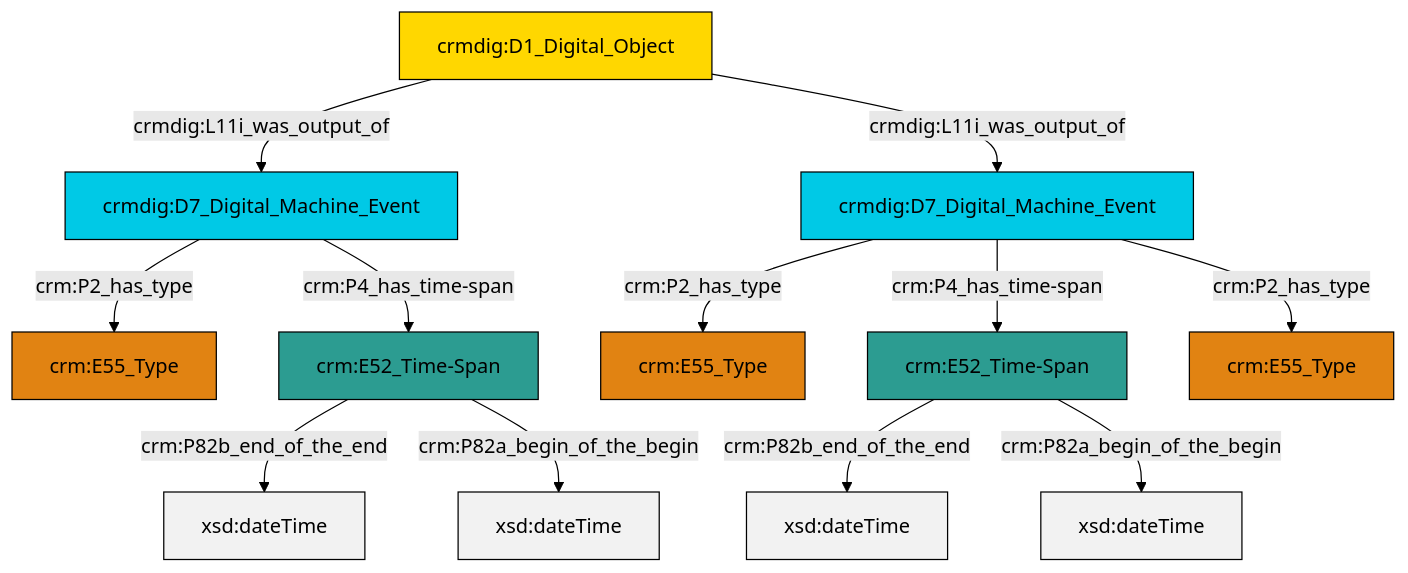
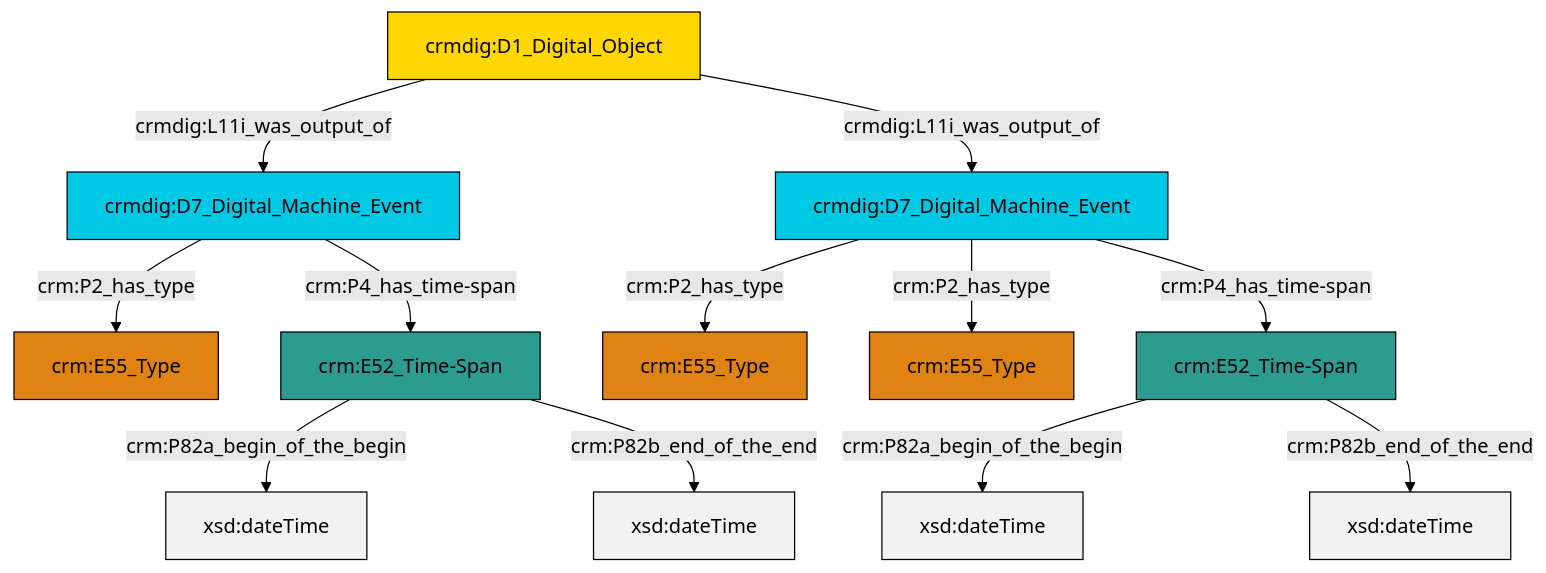
Before and after one commit to swiss-art-research-net/docs.swissartresearch: the diagram in et/doCSV/ttl/mmd/do_existence.ttl.mmd, drawn with Mermaid (forest theme). The commit also changed 135 other files, not shown here.

```diff
--- a/et/doCSV/ttl/mmd/do_existence.ttl.mmd
+++ b/et/doCSV/ttl/mmd/do_existence.ttl.mmd
@@ -1,26 +1,26 @@
 graph TD
 classDef Literal fill:#f2f2f2,stroke:#000000;
 classDef CRM_Entity fill:#FFFFFF,stroke:#000000;
 classDef Temporal_Entity fill:#00C9E6, stroke:#000000;
 classDef Type fill:#E18312, stroke:#000000;
 classDef Time-Span fill:#2C9C91, stroke:#000000;
 classDef Appellation fill:#FFEB7F, stroke:#000000;
 classDef Place fill:#008836, stroke:#000000;
 classDef Persistent_Item fill:#B266B2, stroke:#000000;
 classDef Conceptual_Object fill:#FFD700, stroke:#000000;
 classDef Physical_Thing fill:#D2B48C, stroke:#000000;
 classDef Actor fill:#f58aad, stroke:#000000;
 classDef PC_Classes fill:#4ce600, stroke:#000000;
 classDef Multi fill:#cccccc,stroke:#000000;
 
-2["crmdig:D7_Digital_Machine_Event"]:::Temporal_Entity -->|crm:P2_has_type| 3["crm:E55_Type"]:::Type
-4["crm:E52_Time-Span"]:::Time-Span -->|crm:P82b_end_of_the_end| 17[xsd:dateTime]:::Literal
-8["crmdig:D7_Digital_Machine_Event"]:::Temporal_Entity -->|crm:P2_has_type| 6["crm:E55_Type"]:::Type
-4["crm:E52_Time-Span"]:::Time-Span -->|crm:P82a_begin_of_the_begin| 18[xsd:dateTime]:::Literal
-8["crmdig:D7_Digital_Machine_Event"]:::Temporal_Entity -->|crm:P4_has_time-span| 12["crm:E52_Time-Span"]:::Time-Span
-19["crmdig:D1_Digital_Object"]:::Conceptual_Object -->|crmdig:L11i_was_output_of| 2["crmdig:D7_Digital_Machine_Event"]:::Temporal_Entity
-12["crm:E52_Time-Span"]:::Time-Span -->|crm:P82b_end_of_the_end| 20[xsd:dateTime]:::Literal
-19["crmdig:D1_Digital_Object"]:::Conceptual_Object -->|crmdig:L11i_was_output_of| 8["crmdig:D7_Digital_Machine_Event"]:::Temporal_Entity
-12["crm:E52_Time-Span"]:::Time-Span -->|crm:P82a_begin_of_the_begin| 22[xsd:dateTime]:::Literal
-2["crmdig:D7_Digital_Machine_Event"]:::Temporal_Entity -->|crm:P4_has_time-span| 4["crm:E52_Time-Span"]:::Time-Span
-8["crmdig:D7_Digital_Machine_Event"]:::Temporal_Entity -->|crm:P2_has_type| 0["crm:E55_Type"]:::Type
+2["crm:E52_Time-Span"]:::Time-Span -->|crm:P82a_begin_of_the_begin| 3[xsd:dateTime]:::Literal
+6["crmdig:D7_Digital_Machine_Event"]:::Temporal_Entity -->|crm:P2_has_type| 4["crm:E55_Type"]:::Type
+0["crmdig:D7_Digital_Machine_Event"]:::Temporal_Entity -->|crm:P2_has_type| 8["crm:E55_Type"]:::Type
+9["crmdig:D1_Digital_Object"]:::Conceptual_Object -->|crmdig:L11i_was_output_of| 0["crmdig:D7_Digital_Machine_Event"]:::Temporal_Entity
+6["crmdig:D7_Digital_Machine_Event"]:::Temporal_Entity -->|crm:P2_has_type| 10["crm:E55_Type"]:::Type
+9["crmdig:D1_Digital_Object"]:::Conceptual_Object -->|crmdig:L11i_was_output_of| 6["crmdig:D7_Digital_Machine_Event"]:::Temporal_Entity
+0["crmdig:D7_Digital_Machine_Event"]:::Temporal_Entity -->|crm:P4_has_time-span| 15["crm:E52_Time-Span"]:::Time-Span
+6["crmdig:D7_Digital_Machine_Event"]:::Temporal_Entity -->|crm:P4_has_time-span| 2["crm:E52_Time-Span"]:::Time-Span
+15["crm:E52_Time-Span"]:::Time-Span -->|crm:P82a_begin_of_the_begin| 19[xsd:dateTime]:::Literal
+2["crm:E52_Time-Span"]:::Time-Span -->|crm:P82b_end_of_the_end| 21[xsd:dateTime]:::Literal
+15["crm:E52_Time-Span"]:::Time-Span -->|crm:P82b_end_of_the_end| 22[xsd:dateTime]:::Literal
```
